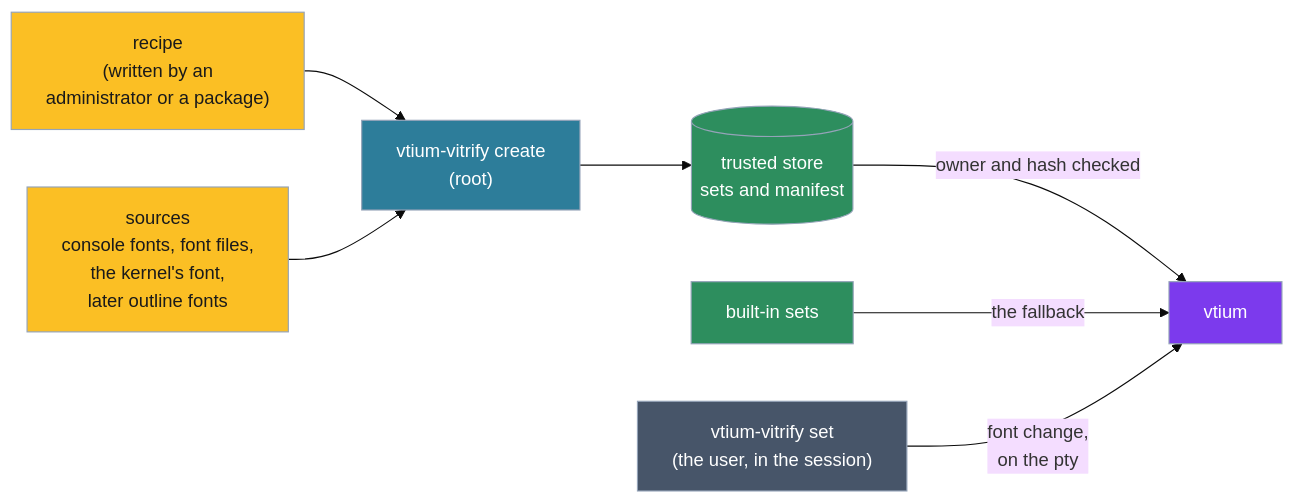
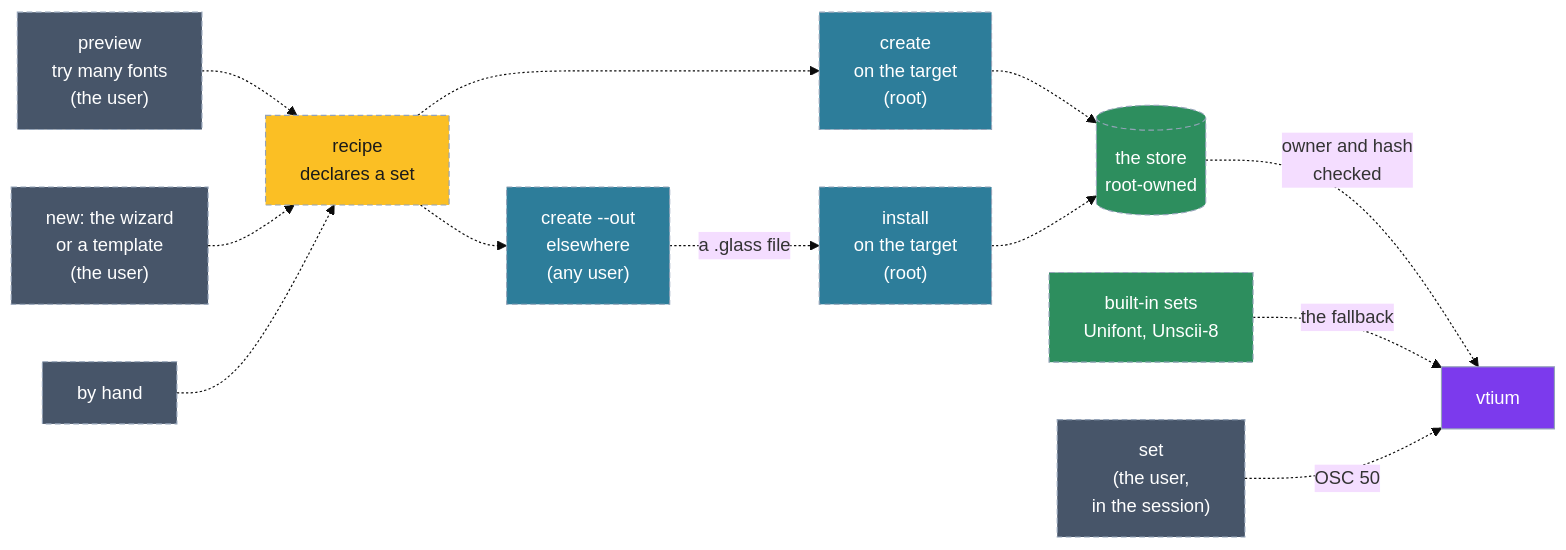
Before and after one commit to vtium/vtium: the second of 2 diagrams in docs/concepts.md, drawn with Mermaid (base theme). The commit also changed other lines of this file and 2 other files, not shown here.

First line of the commit message:
docs(concepts): cover vtium's whole suite

````diff
--- a/docs/concepts.md
+++ b/docs/concepts.md
@@ -96,19 +114,24 @@
 ```mermaid
 flowchart LR
-    R["recipe<br>(written by an<br>administrator or a package)"] --> C["vtium-vitrify create<br>(root)"]
-    S["sources<br>console fonts, font files,<br>the kernel's font,<br>later outline fonts"] --> C
-    C --> ST[("trusted store<br>sets and manifest")]
-    ST -->|"owner and hash checked"| V["vtium"]
-    B["built-in sets"] -->|"the fallback"| V
-    U["vtium-vitrify set<br>(the user, in the session)"] -->|"font change,<br>on the pty"| V
-    classDef step fill:#2d7d9a,color:#ffffff,stroke:#94a3b8
+    P["preview<br>try many fonts<br>(the user)"] -.-> R
+    W["new: the wizard<br>or a template<br>(the user)"] -.-> R
+    H["by hand"] -.-> R
+    R["recipe<br>declares a set"] -.-> C["create<br>on the target<br>(root)"]
+    R -.-> O["create --out<br>elsewhere<br>(any user)"]
+    O -.->|"a .glass file"| I["install<br>on the target<br>(root)"]
+    C -.-> ST[("the store<br>root-owned")]
+    I -.-> ST
+    ST -.->|"owner and hash<br>checked"| V["vtium"]
+    B["built-in sets<br>Unifont, Unscii-8"] -.->|"the fallback"| V
+    S["set<br>(the user,<br>in the session)"] -.->|"OSC 50"| V
+    classDef step fill:#2d7d9a,color:#ffffff,stroke:#94a3b8,stroke-dasharray:5 3
     classDef core fill:#7c3aed,color:#ffffff,stroke:#94a3b8
-    classDef store fill:#2d8e5e,color:#ffffff,stroke:#94a3b8
-    classDef input fill:#fbbf24,color:#1a1a1a,stroke:#94a3b8
-    classDef user fill:#475569,color:#ffffff,stroke:#94a3b8
-    class R,S input
-    class C step
+    classDef store fill:#2d8e5e,color:#ffffff,stroke:#94a3b8,stroke-dasharray:5 3
+    classDef input fill:#fbbf24,color:#1a1a1a,stroke:#94a3b8,stroke-dasharray:5 3
+    classDef user fill:#475569,color:#ffffff,stroke:#94a3b8,stroke-dasharray:5 3
+    class C,O,I step
+    class V core
     class ST,B store
-    class V core
-    class U user
+    class R input
+    class P,W,H,S user
 ```
````
